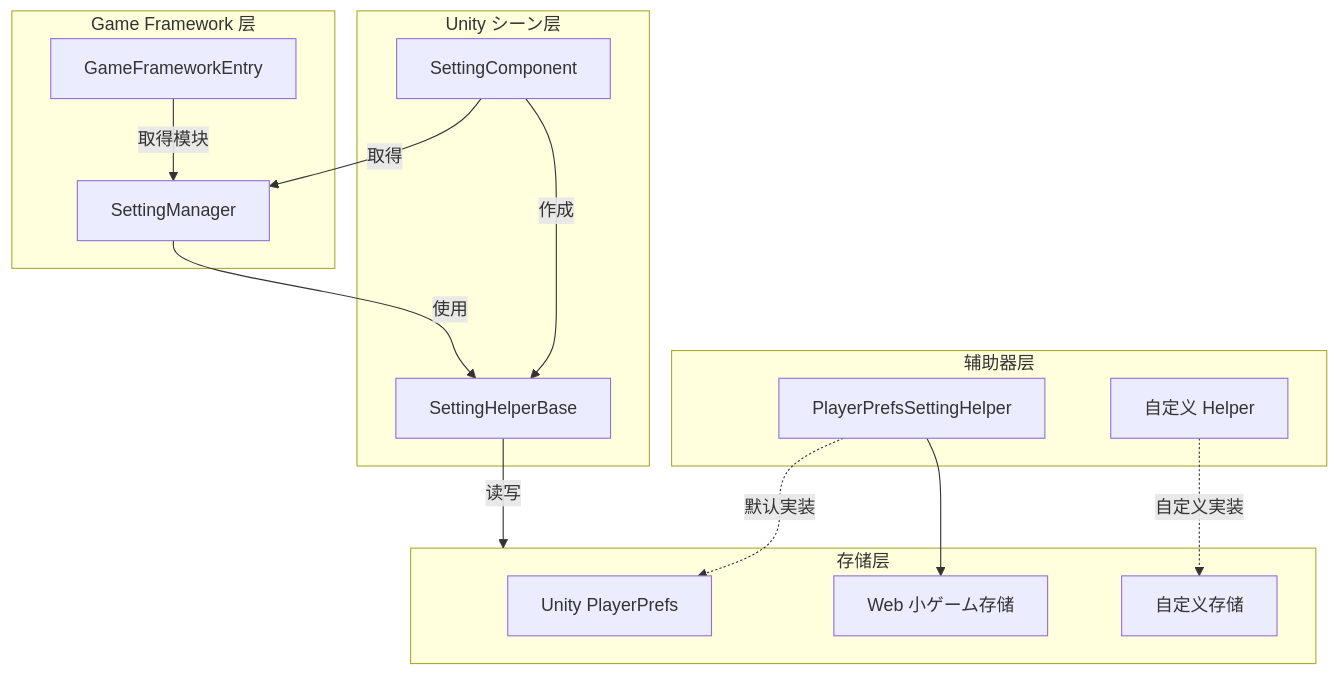
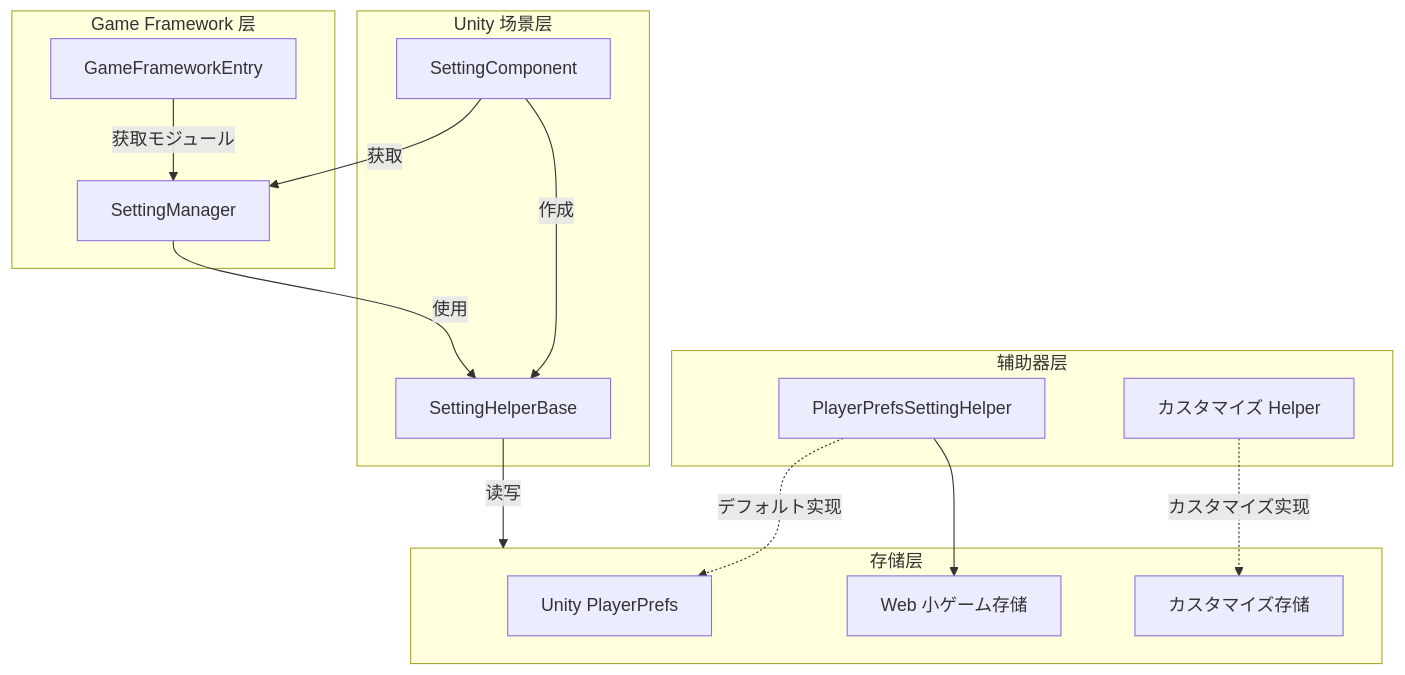
The second of 2 diagrams in docs/ja/client/unity/component/setting/03.getting-started.md (AlianBlank/GameFrameX.Docs), drawn with Mermaid before and after one commit. The commit also changed other lines of this file and 320 other files, not shown here.

````diff
--- a/docs/ja/client/unity/component/setting/03.getting-started.md
+++ b/docs/ja/client/unity/component/setting/03.getting-started.md
@@ -186,34 +186,34 @@
 ```mermaid
 flowchart TD
-    subgraph UnityScene["Unity シーン层"]
+    subgraph UnityScene["Unity 场景层"]
         SettingComp[SettingComponent]
         HelperComp[SettingHelperBase]
     end
 
     subgraph GameFramework["Game Framework 层"]
         SettingMgr[SettingManager]
         GFEntry[GameFrameworkEntry]
     end
 
     subgraph HelperLayer["辅助器层"]
         PPHelper[PlayerPrefsSettingHelper]
-        CustomHelper[自定义 Helper]
+        CustomHelper[カスタマイズ Helper]
     end
 
     subgraph Storage["存储层"]
         PlayerPrefs[Unity PlayerPrefs]
         WebStorage[Web 小ゲーム存储]
-        CustomStorage[自定义存储]
+        CustomStorage[カスタマイズ存储]
     end
 
-    SettingComp -->|取得| SettingMgr
+    SettingComp -->|获取| SettingMgr
     SettingComp -->|作成| HelperComp
-    GFEntry -->|取得模块| SettingMgr
+    GFEntry -->|获取モジュール| SettingMgr
     SettingMgr -->|使用| HelperComp
     HelperComp -->|读写| Storage
     
-    PPHelper -.->|默认実装| PlayerPrefs
-    CustomHelper -.->|自定义実装| CustomStorage
+    PPHelper -.->|デフォルト实现| PlayerPrefs
+    CustomHelper -.->|カスタマイズ实现| CustomStorage
     
     PPHelper --> WebStorage
 ```
````
